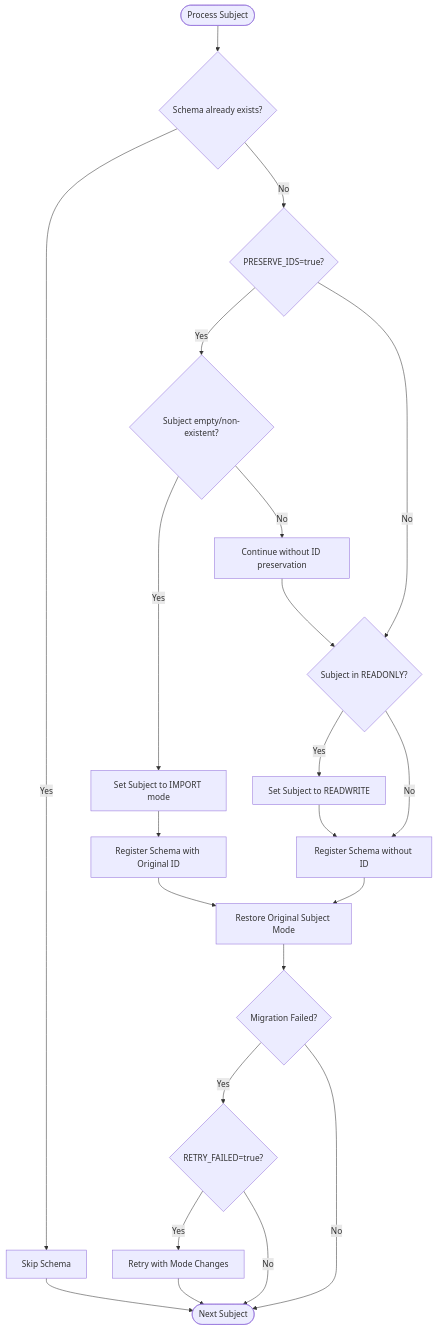
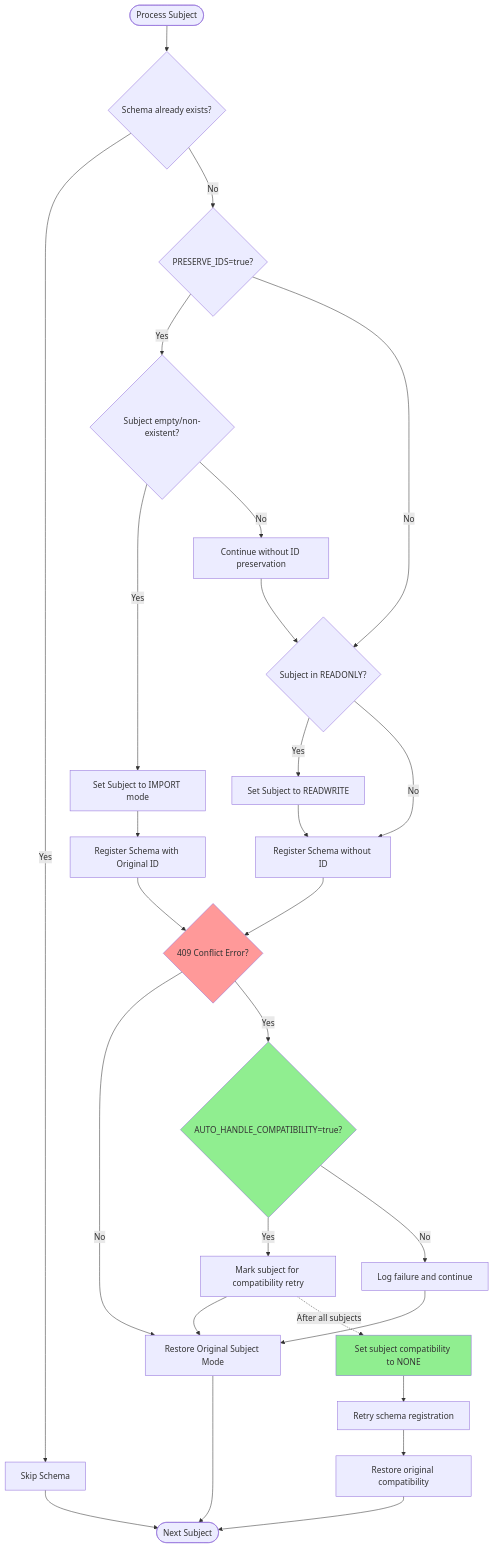
The second of 17 diagrams in migration-flow.md (aywengo/kafka-schema-reg-migrator), drawn with Mermaid before and after one commit. The commit also changed other lines of this file and 4 other files, not shown here.

````diff
--- a/migration-flow.md
+++ b/migration-flow.md
@@ -58,61 +86,80 @@
 ```mermaid
 flowchart TD
     StartSubject([Process Subject])
     
     %% Check if schema exists
     CheckExists{Schema already exists?}
     SkipSchema[Skip Schema]
     
     %% ID Preservation
     CheckPreserveID{PRESERVE_IDS=true?}
     CheckSubjectEmpty{Subject empty/non-existent?}
     SetSubjectImport[Set Subject to IMPORT mode]
     SkipIDPreservation[Continue without ID preservation]
     
     %% Mode Handling
     CheckReadOnly{Subject in READONLY?}
     SetReadWrite[Set Subject to READWRITE]
     
     %% Registration
     RegisterWithID[Register Schema with Original ID]
     RegisterWithoutID[Register Schema without ID]
     
+    %% Error Handling
+    CheckConflict{409 Conflict Error?}
+    CheckAutoCompat{AUTO_HANDLE_COMPATIBILITY=true?}
+    MarkForRetry[Mark subject for compatibility retry]
+    LogFailure[Log failure and continue]
+    
     %% Restore Mode
     RestoreMode[Restore Original Subject Mode]
     
-    %% Retry Logic
-    CheckFailed{Migration Failed?}
-    CheckRetry{RETRY_FAILED=true?}
-    RetryMigration[Retry with Mode Changes]
+    %% Compatibility Retry Phase
+    SetCompatNone[Set subject compatibility to NONE]
+    RetryRegistration[Retry schema registration]
+    RestoreCompat[Restore original compatibility]
     
     NextSubject([Next Subject])
     
     %% Flow
     StartSubject --> CheckExists
     CheckExists -->|Yes| SkipSchema
     CheckExists -->|No| CheckPreserveID
     SkipSchema --> NextSubject
     
     CheckPreserveID -->|Yes| CheckSubjectEmpty
     CheckPreserveID -->|No| CheckReadOnly
     
     CheckSubjectEmpty -->|Yes| SetSubjectImport
     CheckSubjectEmpty -->|No| SkipIDPreservation
     SetSubjectImport --> RegisterWithID
     SkipIDPreservation --> CheckReadOnly
     
     CheckReadOnly -->|Yes| SetReadWrite
     CheckReadOnly -->|No| RegisterWithoutID
     SetReadWrite --> RegisterWithoutID
     
-    RegisterWithID --> RestoreMode
-    RegisterWithoutID --> RestoreMode
+    RegisterWithID --> CheckConflict
+    RegisterWithoutID --> CheckConflict
     
-    RestoreMode --> CheckFailed
-    CheckFailed -->|Yes| CheckRetry
-    CheckFailed -->|No| NextSubject
+    CheckConflict -->|No| RestoreMode
+    CheckConflict -->|Yes| CheckAutoCompat
     
-    CheckRetry -->|Yes| RetryMigration
-    CheckRetry -->|No| NextSubject
-    RetryMigration --> NextSubject
+    CheckAutoCompat -->|Yes| MarkForRetry
+    CheckAutoCompat -->|No| LogFailure
+    
+    MarkForRetry --> RestoreMode
+    LogFailure --> RestoreMode
+    
+    RestoreMode --> NextSubject
+    
+    %% Retry phase (happens after all subjects processed)
+    MarkForRetry -.->|After all subjects| SetCompatNone
+    SetCompatNone --> RetryRegistration
+    RetryRegistration --> RestoreCompat
+    RestoreCompat --> NextSubject
+    
+    style CheckConflict fill:#ff9999
+    style CheckAutoCompat fill:#90EE90
+    style SetCompatNone fill:#90EE90
 ```
````
